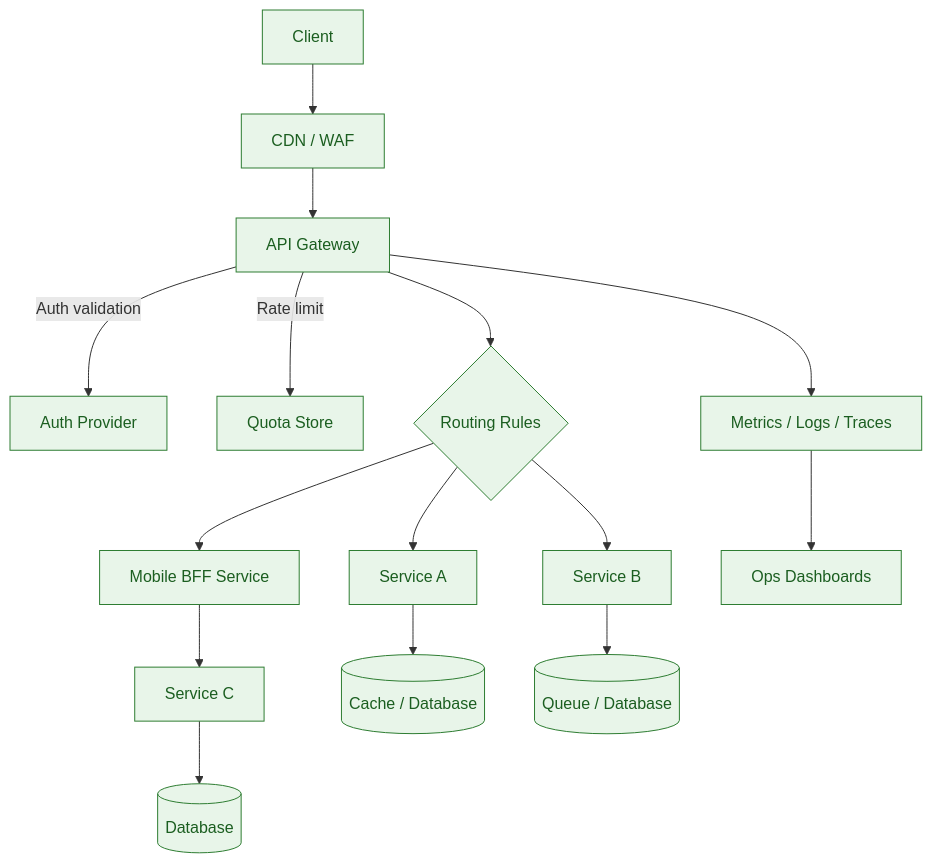
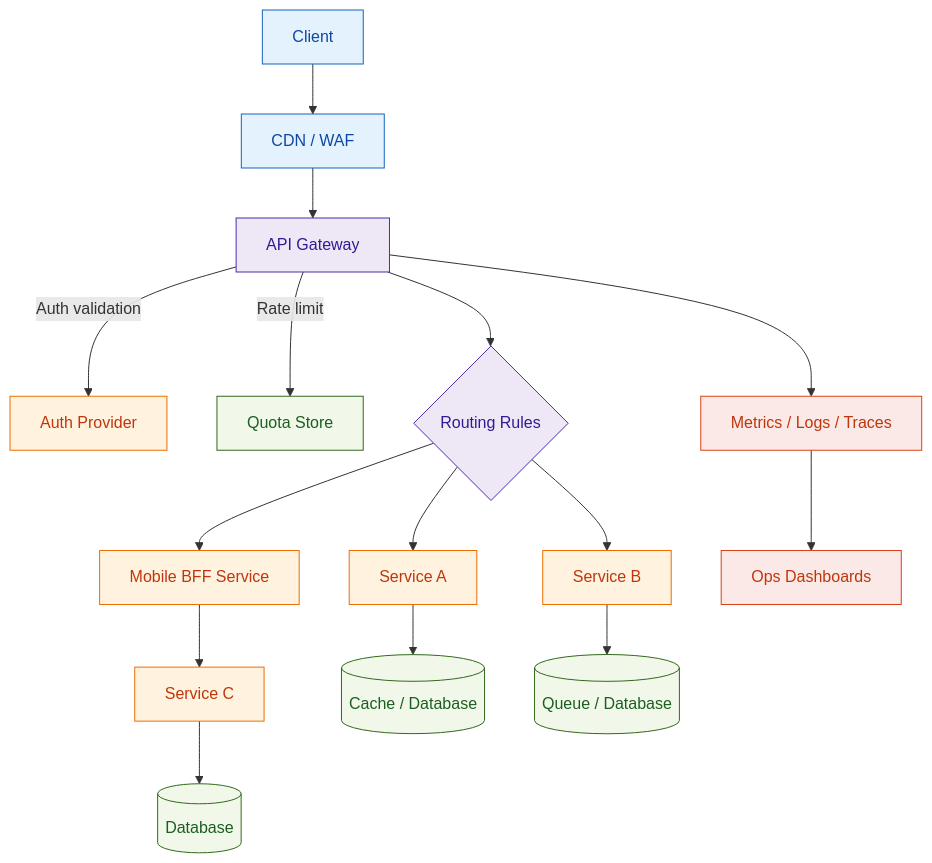
One commit to 1st/interview changed the diagram in 07. System Design/diagrams/api_gateway_flow.md. Above: the diagram before and after it, drawn with Mermaid. The commit also changed 6 other files, not shown here.

First line of the commit message:
Enhance interview and system design docs, update diagrams

````diff
--- a/07. System Design/diagrams/api_gateway_flow.md
+++ b/07. System Design/diagrams/api_gateway_flow.md
@@ -3,19 +3,29 @@
 ```mermaid
 graph TD
-    classDef node fill:#e8f5e9,stroke:#2e7d32,color:#1b5e20;
+    classDef edge fill:#e3f2fd,stroke:#1565c0,color:#0d47a1;
+    classDef gateway fill:#ede7f6,stroke:#512da8,color:#311b92;
+    classDef service fill:#fff3e0,stroke:#ef6c00,color:#bf360c;
+    classDef data fill:#f1f8e9,stroke:#33691e,color:#1b5e20;
+    classDef observability fill:#fbe9e7,stroke:#d84315,color:#bf360c;
 
     Client[Client] --> Edge[CDN / WAF]
     Edge --> Gateway[API Gateway]
     Gateway -->|Auth validation| AuthProvider[Auth Provider]
     Gateway -->|Rate limit| QuotaStore[Quota Store]
     Gateway --> Router{Routing Rules}
     Router --> ServiceA[Service A]
     Router --> ServiceB[Service B]
     Router --> BFF[Mobile BFF Service]
     BFF --> ServiceC[Service C]
     ServiceA --> CacheDB[(Cache / Database)]
     ServiceB --> QueueStore[(Queue / Database)]
     ServiceC --> ServiceDB[(Database)]
     Gateway --> Observability[Metrics / Logs / Traces]
     Observability --> OpsDash[Ops Dashboards]
+
+    class Client,Edge edge;
+    class Gateway,Router gateway;
+    class AuthProvider,BFF,ServiceA,ServiceB,ServiceC service;
+    class QuotaStore,CacheDB,QueueStore,ServiceDB data;
+    class Observability,OpsDash observability;
 ```
````
